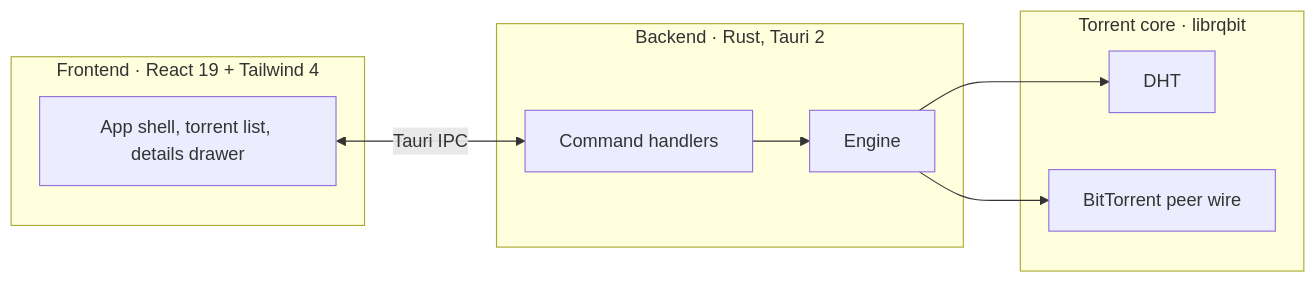
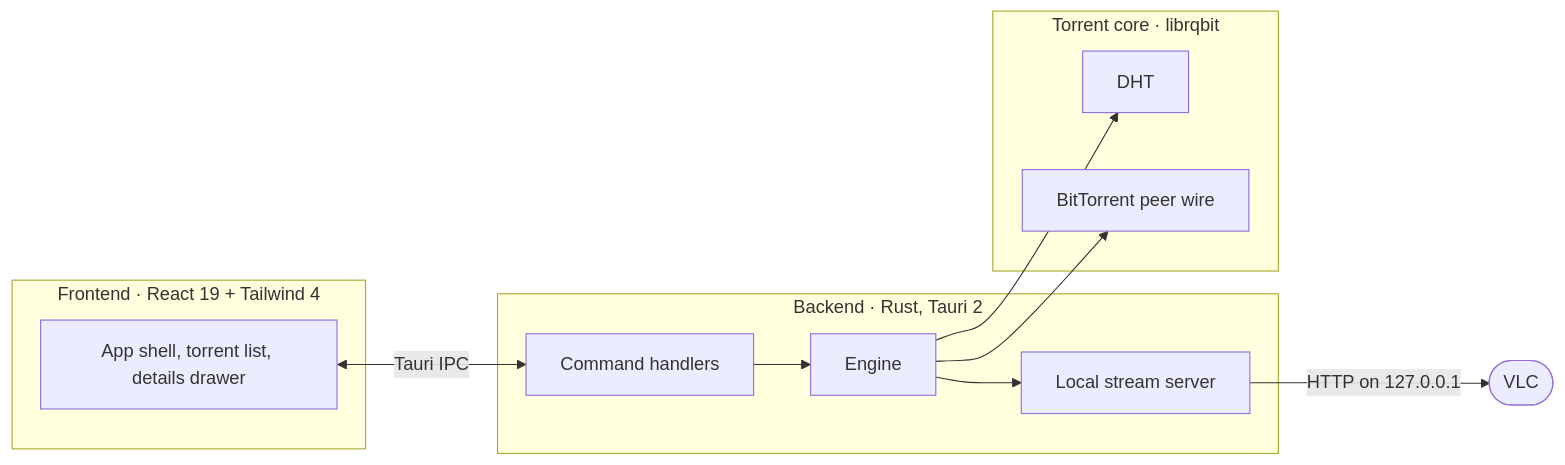
The diagram in README.md (senkecKG/TorrentFlow), drawn with Mermaid before and after one commit. The commit also changed other lines of this file and 6 other files, not shown here.

````diff
--- a/README.md
+++ b/README.md
@@ -60,16 +69,19 @@
 ```mermaid
 flowchart LR
     subgraph Frontend ["Frontend · React 19 + Tailwind 4"]
         UI[App shell, torrent list, details drawer]
     end
     subgraph Backend ["Backend · Rust, Tauri 2"]
         CMD[Command handlers]
         ENG[Engine]
+        STR[Local stream server]
     end
     subgraph Core ["Torrent core · librqbit"]
         DHT[DHT]
         BT[BitTorrent peer wire]
     end
+    VLC([VLC])
     UI <-->|Tauri IPC| CMD --> ENG --> BT
     ENG --> DHT
+    ENG --> STR -->|HTTP on 127.0.0.1| VLC
 ```
````
